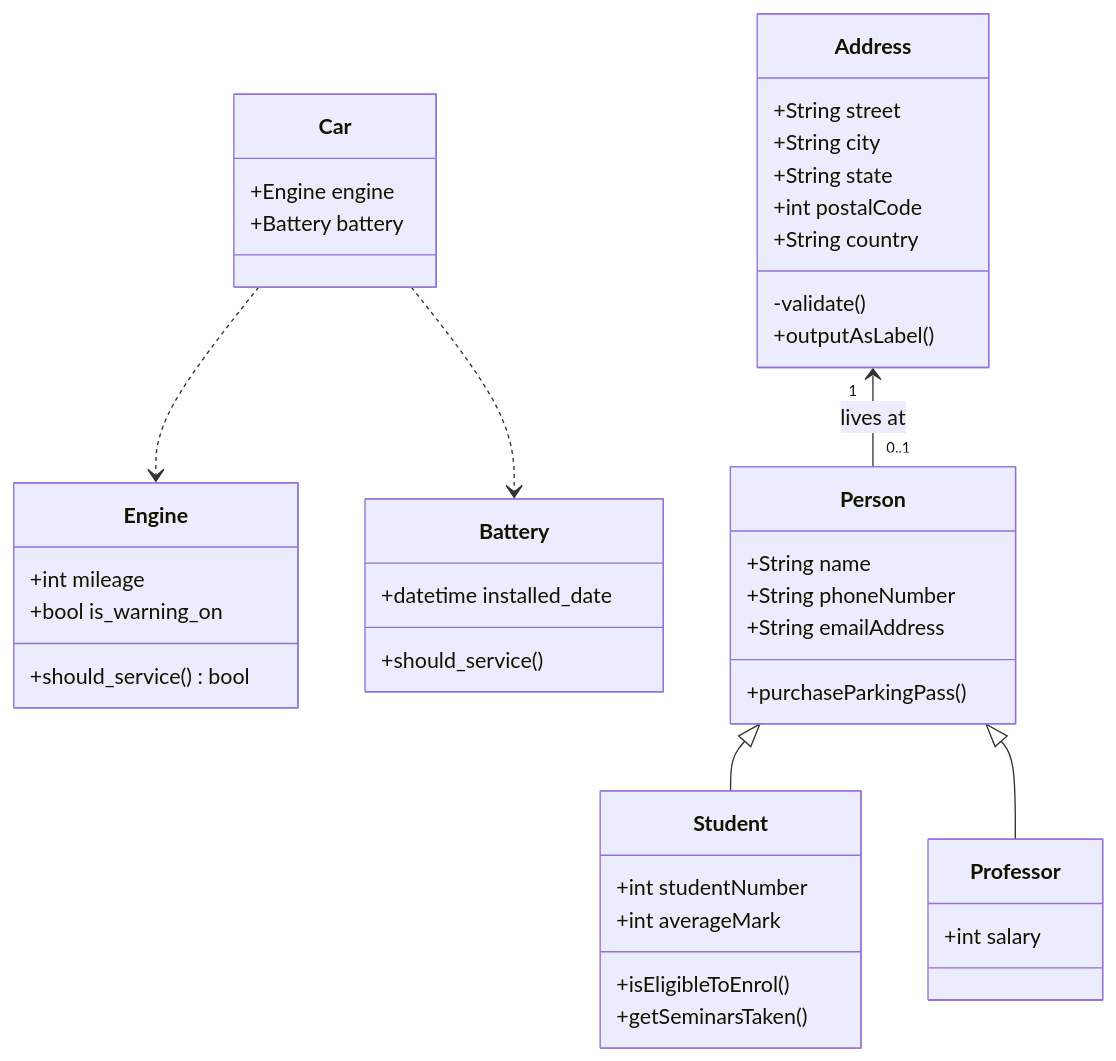
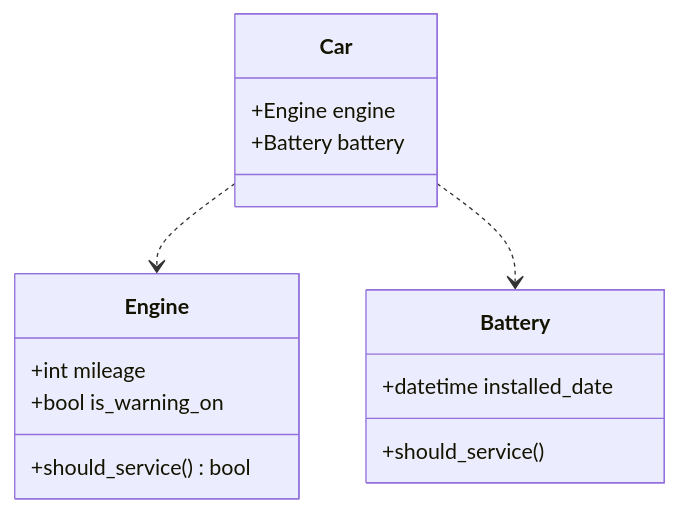
The diagram in uml-diagram.md (vagabond-systems/forage-lyft-starter-repo), drawn with Mermaid before and after one commit.

Commit message:
added diagram

````diff
--- a/uml-diagram.md
+++ b/uml-diagram.md
@@ -1,46 +1,18 @@
 ```mermaid
 classDiagram
     Car ..> Engine
     Car ..> Battery
     class Car{
         +Engine engine
         +Battery battery
     }
     class Engine{
         +int mileage
         +bool is_warning_on
         +should_service() bool
     }
     class Battery{
         +datetime installed_date
         +should_service()
     }
-
-
-
-   Person <|-- Student
-   Person <|-- Professor
-   Person : +String name
-   Person : +String phoneNumber
-   Person : +String emailAddress
-   Person: +purchaseParkingPass()
-   Address "1" <-- "0..1" Person:lives at
-   class Student{
-      +int studentNumber
-      +int averageMark
-      +isEligibleToEnrol()
-      +getSeminarsTaken()
-    }
-    class Professor{
-      +int salary
-    }
-    class Address{
-      +String street
-      +String city
-      +String state
-      +int postalCode
-      +String country
-      -validate()
-      +outputAsLabel()
-    }
 ```
````
